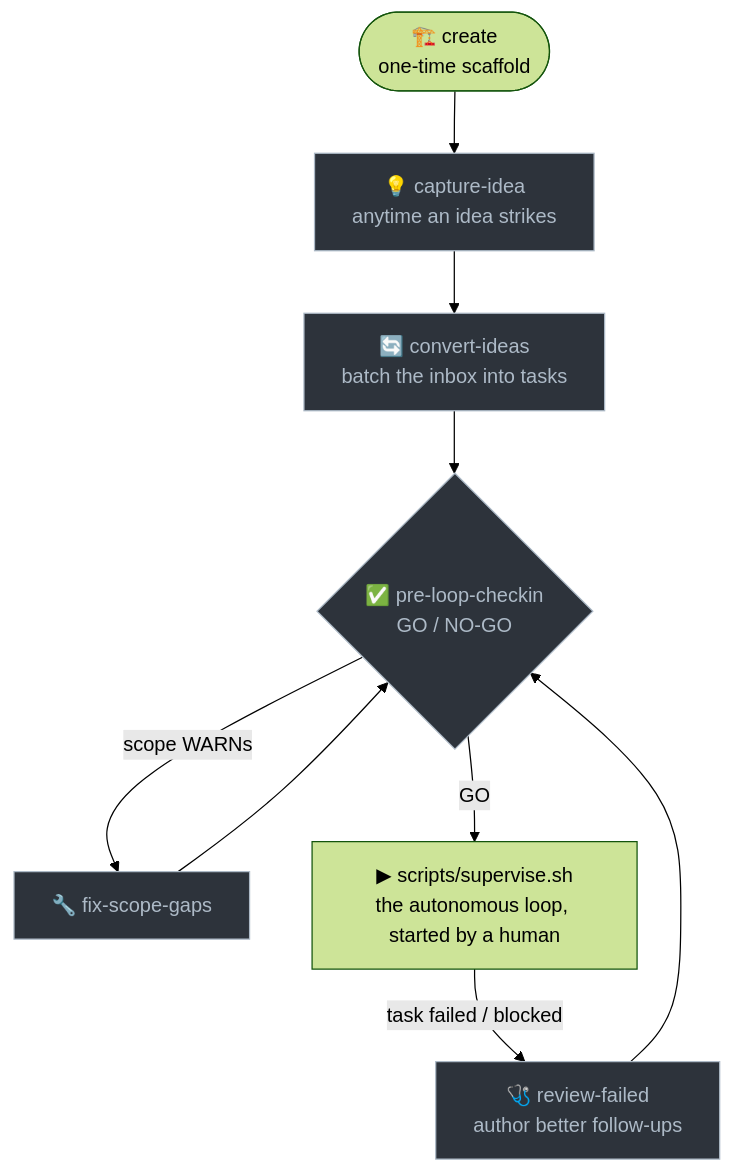
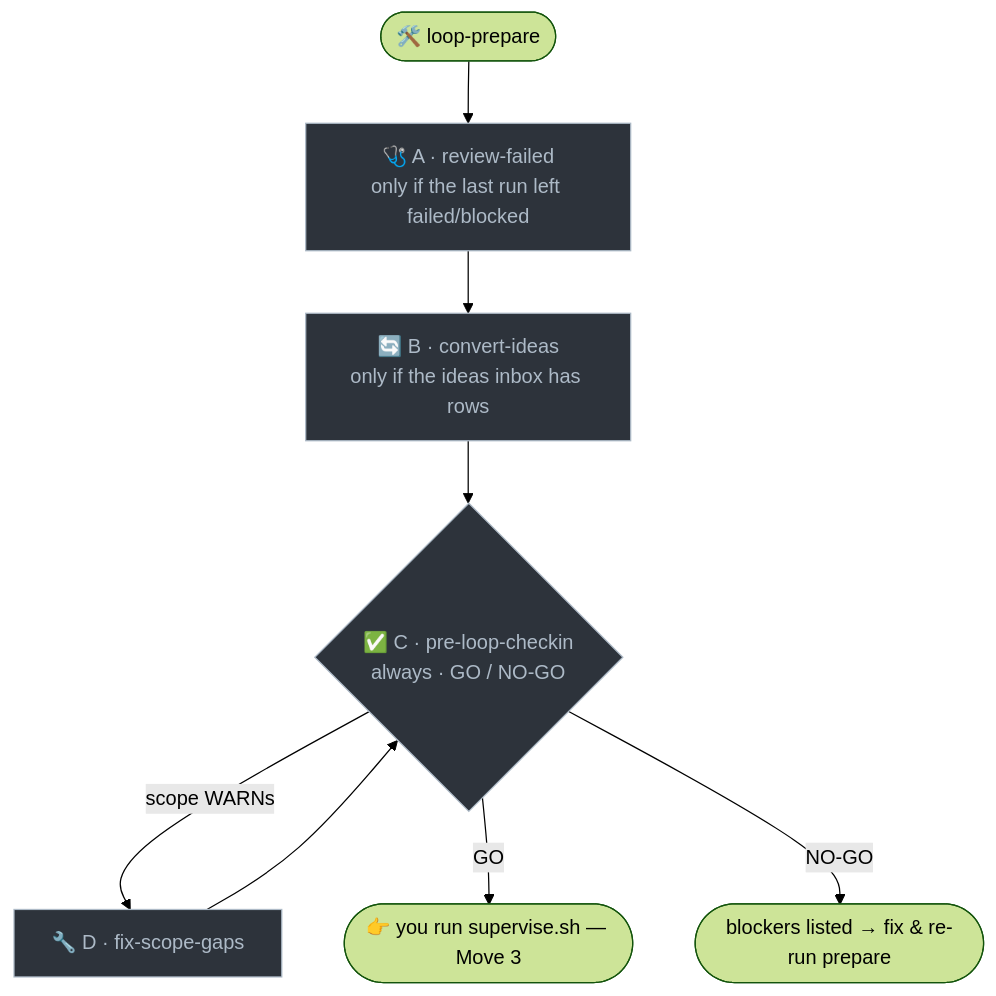
The second of 2 diagrams in plugins/implementation-harness/README.md (RyanMKrol/claude-skills), drawn with Mermaid (forest theme) before and after one commit. The commit also changed other lines of this file and 6 other files, not shown here.

````diff
--- a/plugins/implementation-harness/README.md
+++ b/plugins/implementation-harness/README.md
@@ -23,14 +60,12 @@
 ```mermaid
 flowchart TD
-    S([🏗️ create<br/>one-time scaffold]) --> A
-    A[💡 capture-idea<br/>anytime an idea strikes] --> B[🔄 convert-ideas<br/>batch the inbox into tasks]
-    B --> C{✅ pre-loop-checkin<br/>GO / NO-GO}
-    C -->|scope WARNs| D[🔧 fix-scope-gaps]
+    P(["🛠️ loop-prepare"]) --> A["🩺 A · review-failed<br/>only if the last run left failed/blocked"]
+    A --> B["🔄 B · convert-ideas<br/>only if the ideas inbox has rows"]
+    B --> C{"✅ C · pre-loop-checkin<br/>always · GO / NO-GO"}
+    C -->|"scope WARNs"| D["🔧 D · fix-scope-gaps"]
     D --> C
-    C -->|GO| E[▶ scripts/supervise.sh<br/>the autonomous loop, started by a human]
-    E -->|task failed / blocked| F[🩺 review-failed<br/>author better follow-ups]
-    F --> C
-
+    C -->|"GO"| G(["👉 you run supervise.sh — Move 3"])
+    C -->|"NO-GO"| X(["blockers listed → fix & re-run prepare"])
     classDef human fill:#2d333b,stroke:#adbac7,color:#adbac7;
-    class A,B,C,D,F human;
+    class A,B,C,D human;
 ```
````
